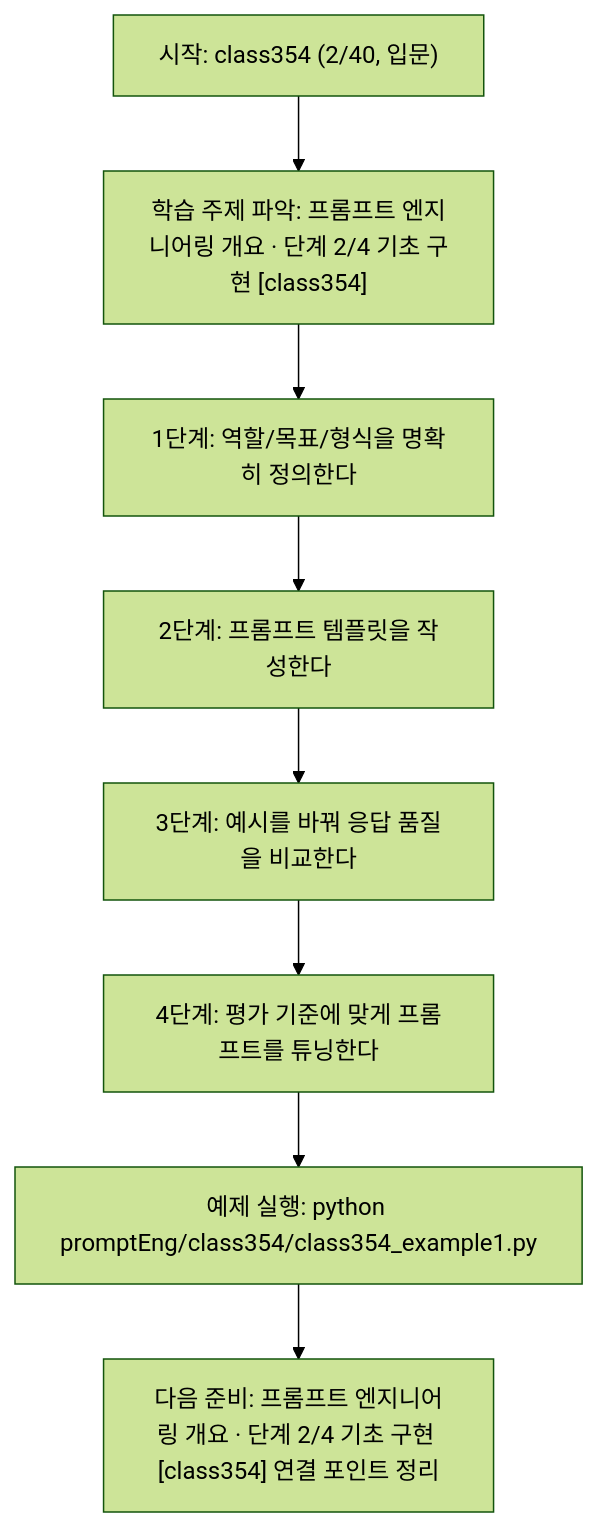
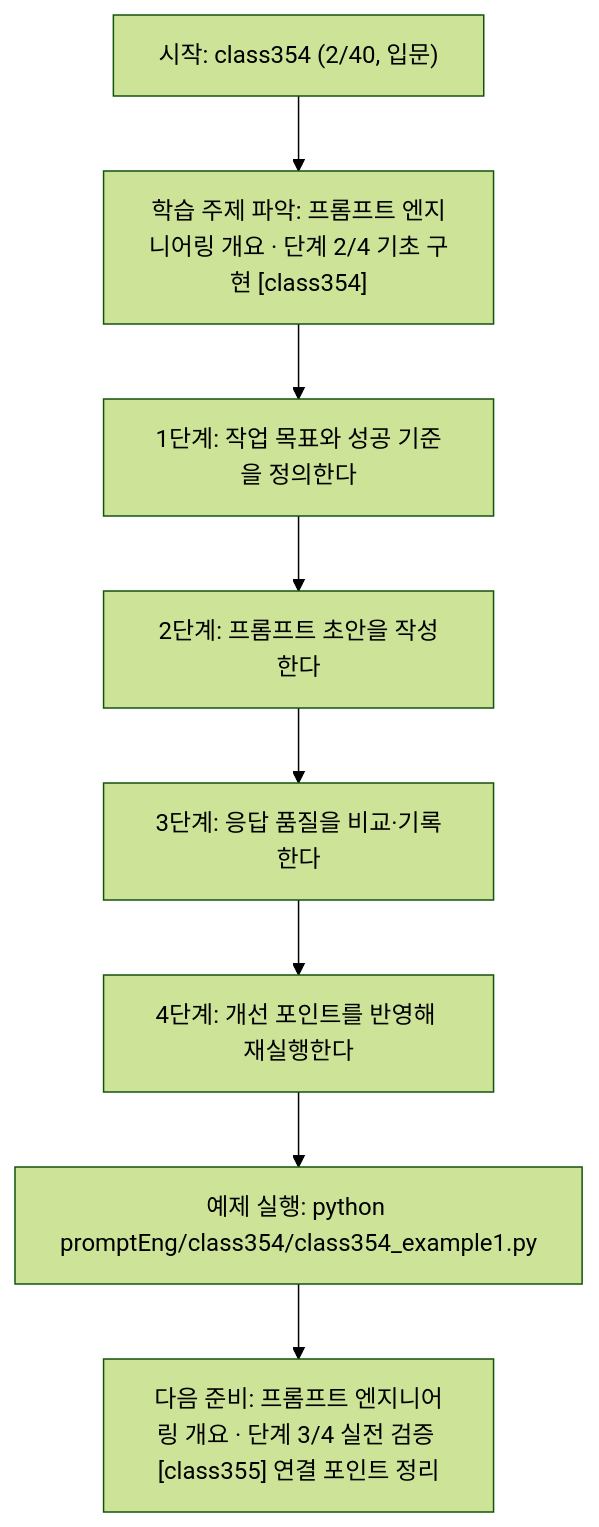
Before and after one commit to edumgt/Python-AI_Agent-Class: the diagram in promptEng/class354/class354.md, drawn with Mermaid (forest theme). The commit also changed other lines of this file and 283 other files, not shown here.

````diff
--- a/promptEng/class354/class354.md
+++ b/promptEng/class354/class354.md
@@ -110,18 +91,18 @@
 ```mermaid
 flowchart TD
 N1["시작: class354 (2/40, 입문)"]
 N2["학습 주제 파악: 프롬프트 엔지니어링 개요 · 단계 2/4 기초 구현 [class354]"]
-N3["1단계: 역할/목표/형식을 명확히 정의한다"]
-N4["2단계: 프롬프트 템플릿을 작성한다"]
-N5["3단계: 예시를 바꿔 응답 품질을 비교한다"]
-N6["4단계: 평가 기준에 맞게 프롬프트를 튜닝한다"]
+N3["1단계: 작업 목표와 성공 기준을 정의한다"]
+N4["2단계: 프롬프트 초안을 작성한다"]
+N5["3단계: 응답 품질을 비교·기록한다"]
+N6["4단계: 개선 포인트를 반영해 재실행한다"]
 N7["예제 실행: python promptEng/class354/class354_example1.py"]
-N8["다음 준비: 프롬프트 엔지니어링 개요 · 단계 2/4 기초 구현 [class354] 연결 포인트 정리"]
+N8["다음 준비: 프롬프트 엔지니어링 개요 · 단계 3/4 실전 검증 [class355] 연결 포인트 정리"]
 N1 --> N2
 N2 --> N3
 N3 --> N4
 N4 --> N5
 N5 --> N6
 N6 --> N7
 N7 --> N8
 ```
````
